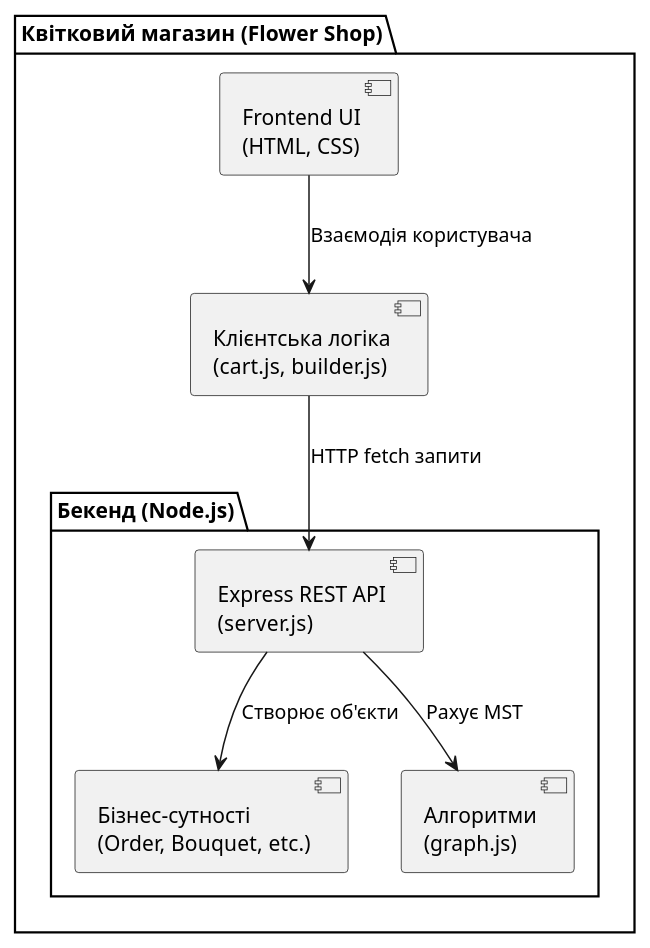
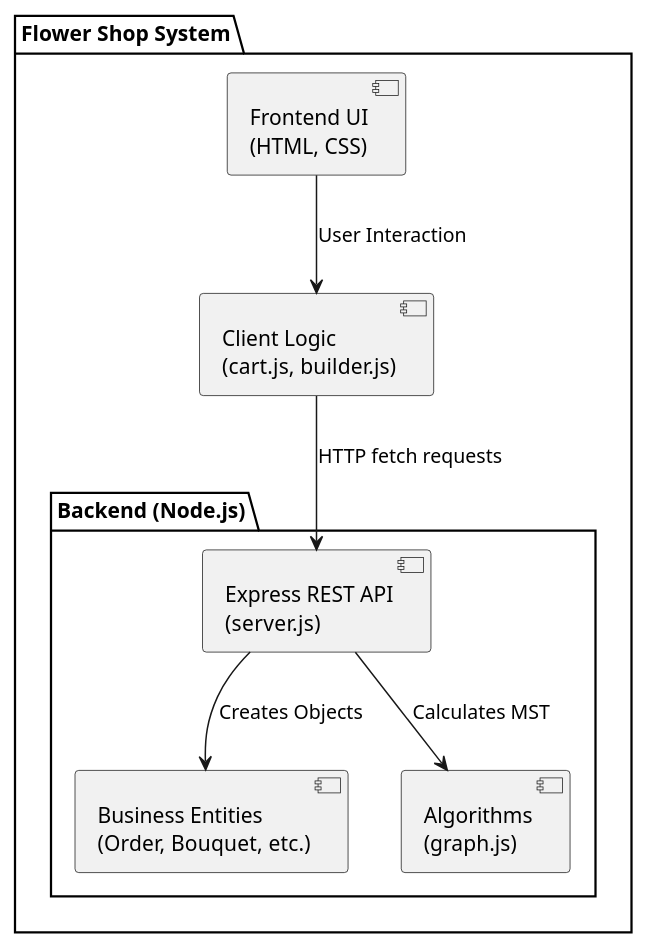
One commit to Sakharochok/flower-shop changed the diagram in docs/diagrams/component.puml. Above: the diagram before and after it, drawn with PlantUML. The commit also changed 22 other files, not shown here.

Commit message:
Refactoring, Strategy Pattern implementation, and UML diagrams

```diff
--- a/docs/diagrams/component.puml
+++ b/docs/diagrams/component.puml
@@ -1,20 +1,20 @@
 @startuml
 skinparam style strictuml
 skinparam monochrome true
 
-package "Квітковий магазин (Flower Shop)" {
+package "Flower Shop System" {
     component "Frontend UI\n(HTML, CSS)" as UI
-    component "Клієнтська логіка\n(cart.js, builder.js)" as ClientLogic
+    component "Client Logic\n(cart.js, builder.js)" as ClientLogic
     
-    package "Бекенд (Node.js)" {
+    package "Backend (Node.js)" {
         component "Express REST API\n(server.js)" as API
-        component "Бізнес-сутності\n(Order, Bouquet, etc.)" as Models
-        component "Алгоритми\n(graph.js)" as Utils
+        component "Business Entities\n(Order, Bouquet, etc.)" as Models
+        component "Algorithms\n(graph.js)" as Utils
     }
 }
 
-UI --> ClientLogic : "Взаємодія користувача"
-ClientLogic --> API : "HTTP fetch запити"
-API --> Models : "Створює об'єкти"
-API --> Utils : "Рахує MST"
+UI --> ClientLogic : "User Interaction"
+ClientLogic --> API : "HTTP fetch requests"
+API --> Models : "Creates Objects"
+API --> Utils : "Calculates MST"
 @enduml
```
